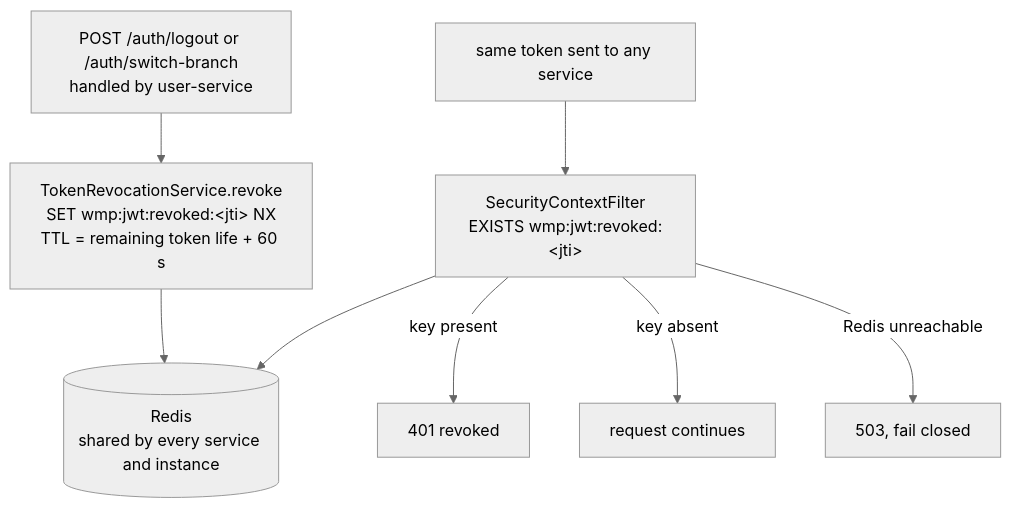
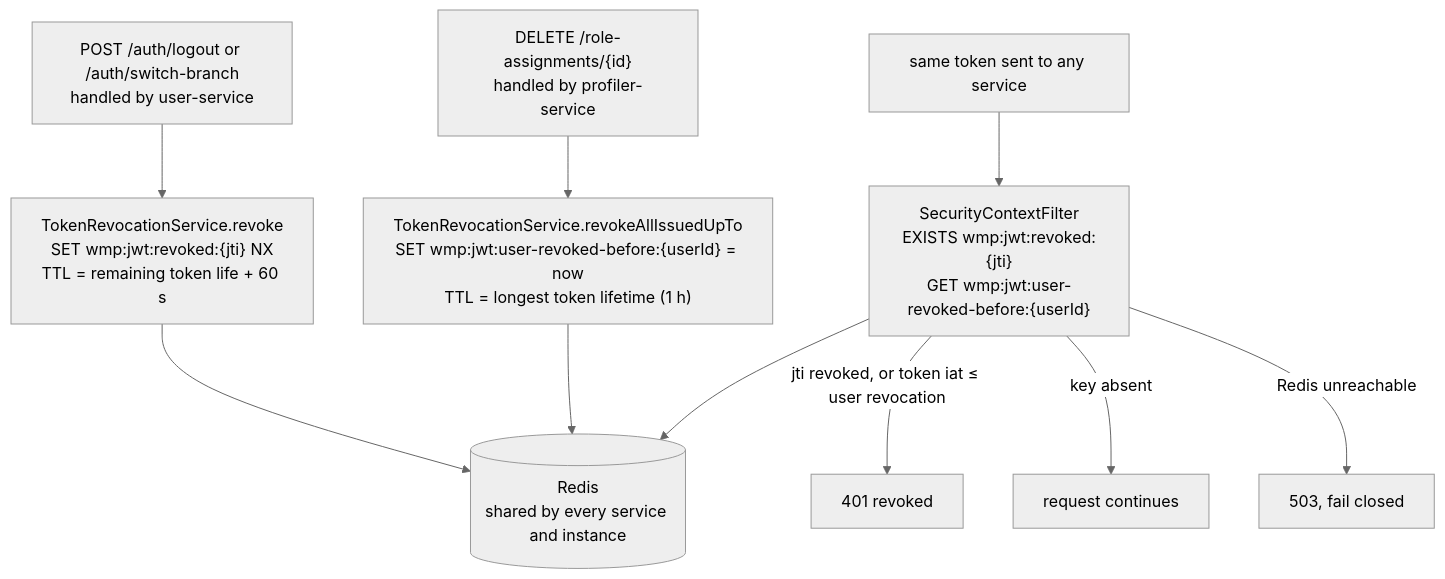
The seventh of 7 diagrams in docs/domain/process/security/jwt-authentication.md (RaffSStein/Wealth-Management-Platform-BE), drawn with Mermaid (neutral theme) before and after one commit. The commit also changed other lines of this file and 5 other files, not shown here.

````diff
--- a/docs/domain/process/security/jwt-authentication.md
+++ b/docs/domain/process/security/jwt-authentication.md
@@ -279,10 +281,12 @@
 ```mermaid
 flowchart TB
-    A["POST /auth/logout or /auth/switch-branch<br/>handled by user-service"] --> B["TokenRevocationService.revoke<br/>SET wmp:jwt:revoked:&lt;jti&gt; NX<br/>TTL = remaining token life + 60 s"]
+    A["POST /auth/logout or /auth/switch-branch<br/>handled by user-service"] --> B["TokenRevocationService.revoke<br/>SET wmp:jwt:revoked:{jti} NX<br/>TTL = remaining token life + 60 s"]
     B --> R[("Redis<br/>shared by every service and instance")]
-    C["same token sent to any service"] --> F["SecurityContextFilter<br/>EXISTS wmp:jwt:revoked:&lt;jti&gt;"]
+    P["DELETE /role-assignments/{id}<br/>handled by profiler-service"] --> Q["TokenRevocationService.revokeAllIssuedUpTo<br/>SET wmp:jwt:user-revoked-before:{userId} = now<br/>TTL = longest token lifetime (1 h)"]
+    Q --> R
+    C["same token sent to any service"] --> F["SecurityContextFilter<br/>EXISTS wmp:jwt:revoked:{jti}<br/>GET wmp:jwt:user-revoked-before:{userId}"]
     F --> R
-    F -- "key present" --> D["401 revoked"]
+    F -- "jti revoked, or token iat ≤ user revocation" --> D["401 revoked"]
     F -- "key absent" --> G["request continues"]
     F -- "Redis unreachable" --> H["503, fail closed"]
 ```
````
